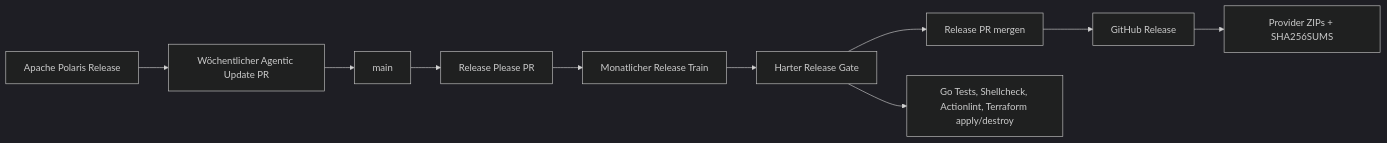
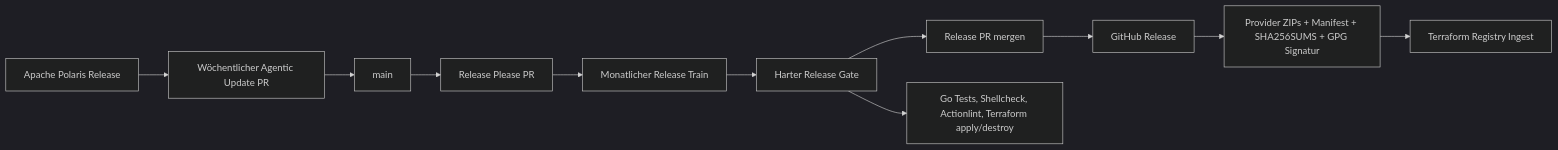
Before and after one commit to tsukubatexas/terraform-provider-polaris-agentic: the first of 3 diagrams in docs/release/README.md, drawn with Mermaid (dark theme). The commit also changed other lines of this file and 12 other files, not shown here.

First line of the commit message:
ci: publish registry-ready provider artifacts

````diff
--- a/docs/release/README.md
+++ b/docs/release/README.md
@@ -13,13 +13,14 @@
 ```mermaid
 flowchart LR
   Polaris["Apache Polaris Release"] --> Weekly["Wöchentlicher Agentic Update PR"]
   Weekly --> Main["main"]
   Main --> RP["Release Please PR"]
   RP --> Monthly["Monatlicher Release Train"]
   Monthly --> Gate["Harter Release Gate"]
   Gate --> Merge["Release PR mergen"]
   Merge --> GHRelease["GitHub Release"]
-  GHRelease --> Assets["Provider ZIPs + SHA256SUMS"]
+  GHRelease --> Assets["Provider ZIPs + Manifest + SHA256SUMS + GPG Signatur"]
+  Assets --> Registry["Terraform Registry Ingest"]
 
   Gate --> Tests["Go Tests, Shellcheck, Actionlint, Terraform apply/destroy"]
 ```
````
